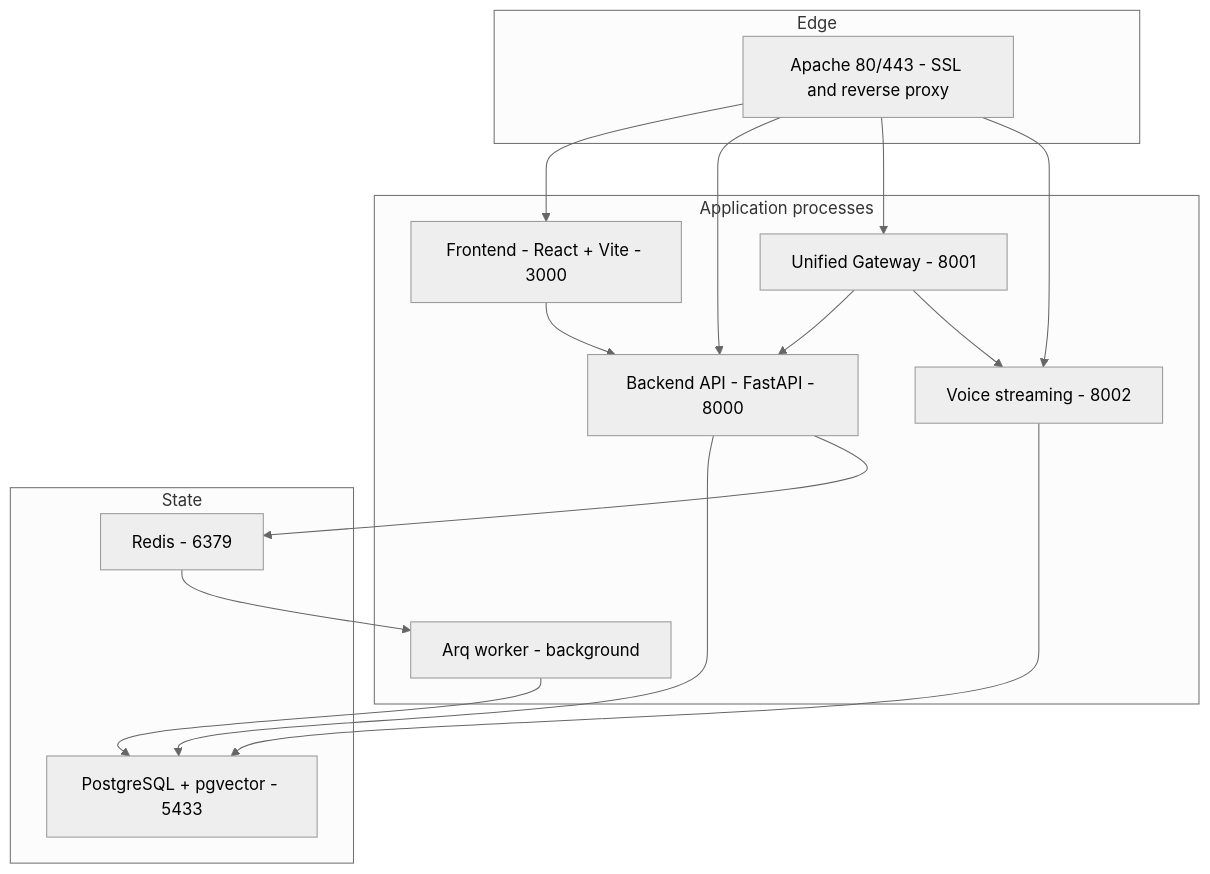
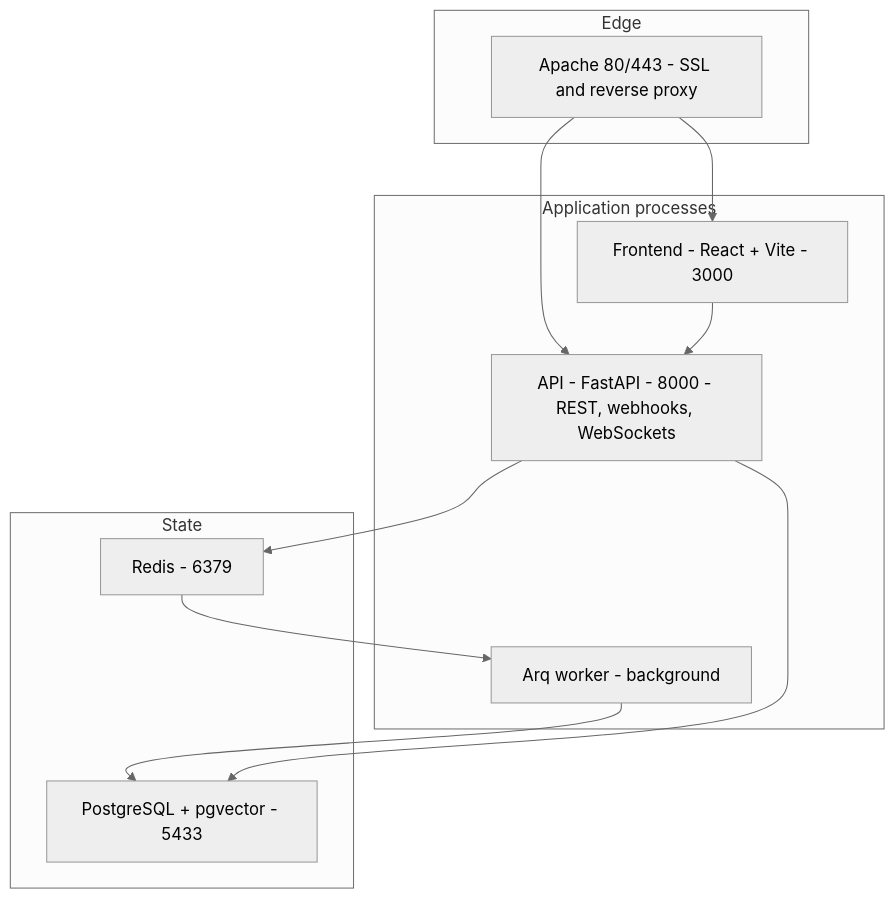
The first of 2 diagrams in docs/current/README.md (gondolerahul/hire-buddha-app), drawn with Mermaid (neutral theme) before and after one commit. The commit also changed 61 other files, not shown here.

````diff
--- a/docs/current/README.md
+++ b/docs/current/README.md
@@ -21,30 +21,23 @@
 ```mermaid
 graph TB
     subgraph Edge["Edge"]
         AP["Apache 80/443 - SSL and reverse proxy"]
     end
     subgraph App["Application processes"]
         FE["Frontend - React + Vite - 3000"]
-        BE["Backend API - FastAPI - 8000"]
-        GW["Unified Gateway - 8001"]
-        VO["Voice streaming - 8002"]
+        BE["API - FastAPI - 8000 - REST, webhooks, WebSockets"]
         WK["Arq worker - background"]
     end
     subgraph Data["State"]
         PG["PostgreSQL + pgvector - 5433"]
         RD["Redis - 6379"]
     end
 
     AP --> FE
     AP --> BE
-    AP --> GW
-    AP --> VO
     FE --> BE
-    GW --> BE
-    GW --> VO
     BE --> PG
     BE --> RD
     RD --> WK
     WK --> PG
-    VO --> PG
 ```
````
